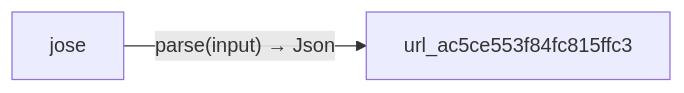
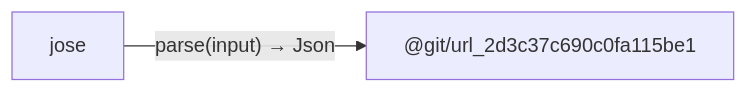
The second of 2 diagrams in src/stdlib/crypto/.aug-spec/diagrams/index.md (GreenPandaStudios/augscript), drawn with Mermaid before and after one commit. The commit also changed other lines of this file and 133 other files, not shown here.

````diff
--- a/src/stdlib/crypto/.aug-spec/diagrams/index.md
+++ b/src/stdlib/crypto/.aug-spec/diagrams/index.md
@@ -21,6 +21,6 @@
 ```mermaid
 flowchart LR
     n0["jose"]
-    n1["url_ac5ce553f84fc815ffc3"]
+    n1["@git/url_2d3c37c690c0fa115be1"]
     n0 -->|"parse(input) → Json"| n1
 ```
````
